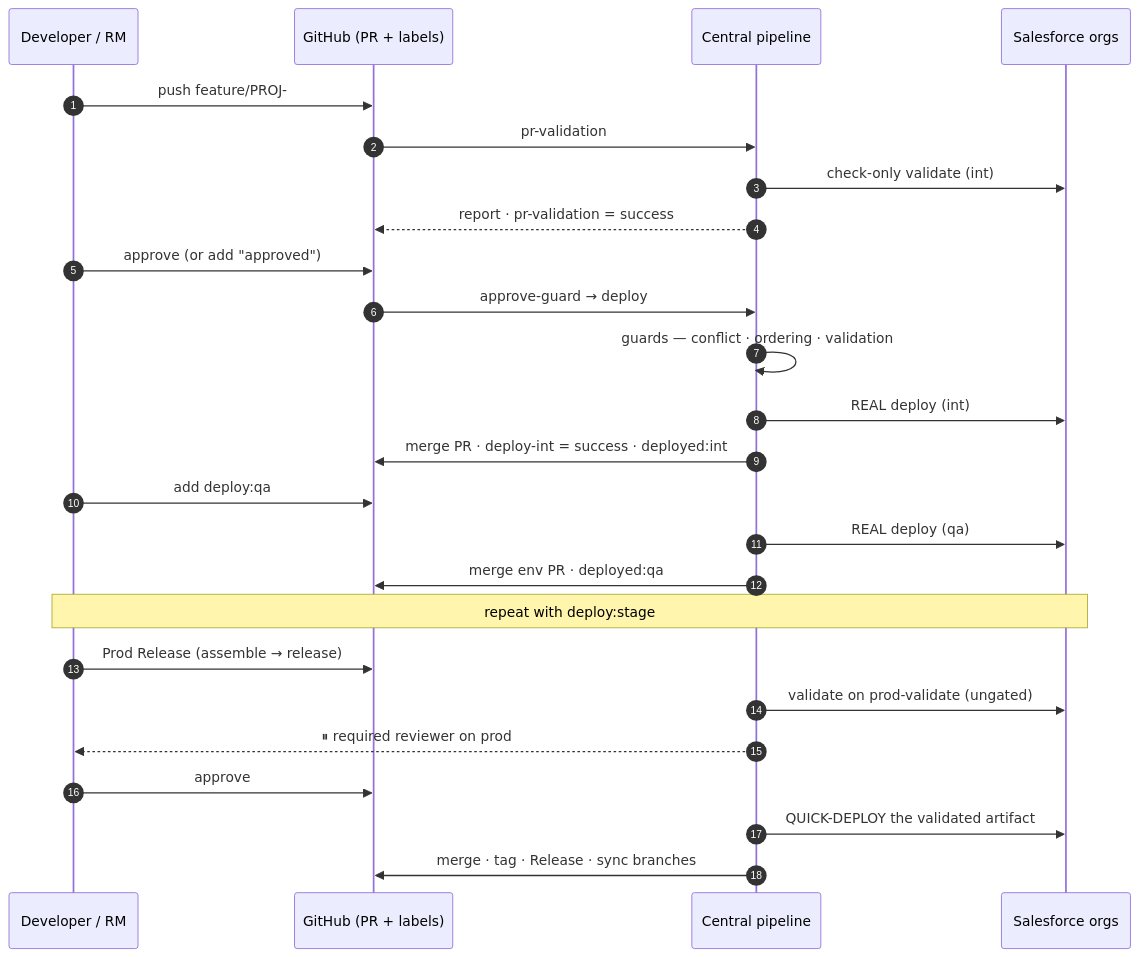
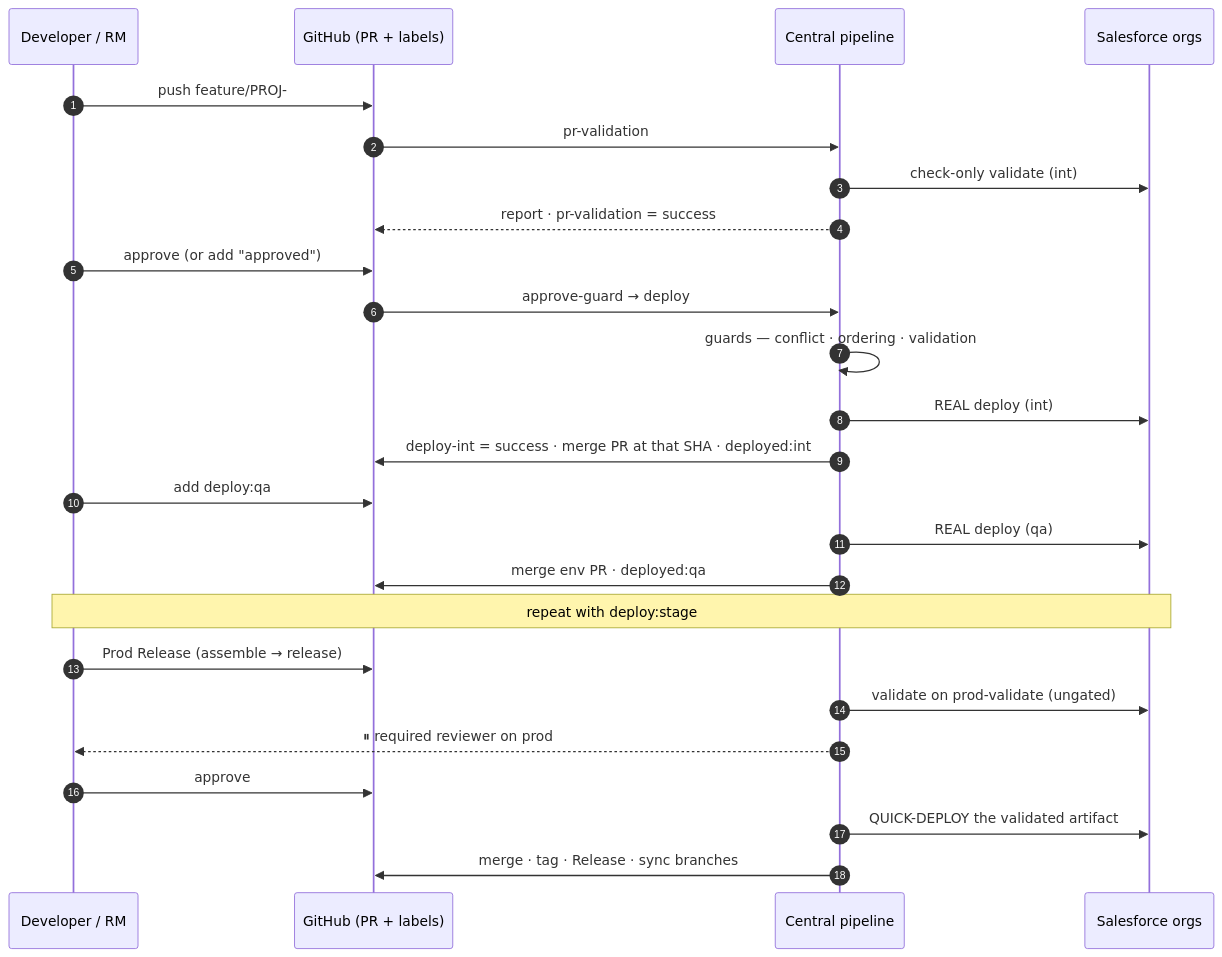
One commit to muraliseelam/sfdx-pipeline-actions changed the fourth of 10 diagrams in docs/Product_Documentation.md. Above: the diagram before and after it, drawn with Mermaid. The commit also changed other lines of this file and 5 other files, not shown here.

````diff
--- a/docs/Product_Documentation.md
+++ b/docs/Product_Documentation.md
@@ -414,31 +531,31 @@
 ```mermaid
 sequenceDiagram
     autonumber
     participant D as Developer / RM
     participant GH as GitHub (PR + labels)
     participant C as Central pipeline
     participant ORG as Salesforce orgs
 
     D->>GH: push feature/PROJ-### · open PR → int
     GH->>C: pr-validation
     C->>ORG: check-only validate (int)
     C-->>GH: report · pr-validation = success
 
     D->>GH: approve (or add "approved")
     GH->>C: approve-guard → deploy
     C->>C: guards — conflict · ordering · validation
     C->>ORG: REAL deploy (int)
-    C->>GH: merge PR · deploy-int = success · deployed:int
+    C->>GH: deploy-int = success · merge PR at that SHA · deployed:int
 
     D->>GH: add deploy:qa
     C->>ORG: REAL deploy (qa)
     C->>GH: merge env PR · deployed:qa
     Note over D,ORG: repeat with deploy:stage
 
     D->>GH: Prod Release (assemble → release)
     C->>ORG: validate on prod-validate (ungated)
     C-->>D: ⏸ required reviewer on prod
     D->>GH: approve
     C->>ORG: QUICK-DEPLOY the validated artifact
     C->>GH: merge · tag · Release · sync branches
 ```
````
